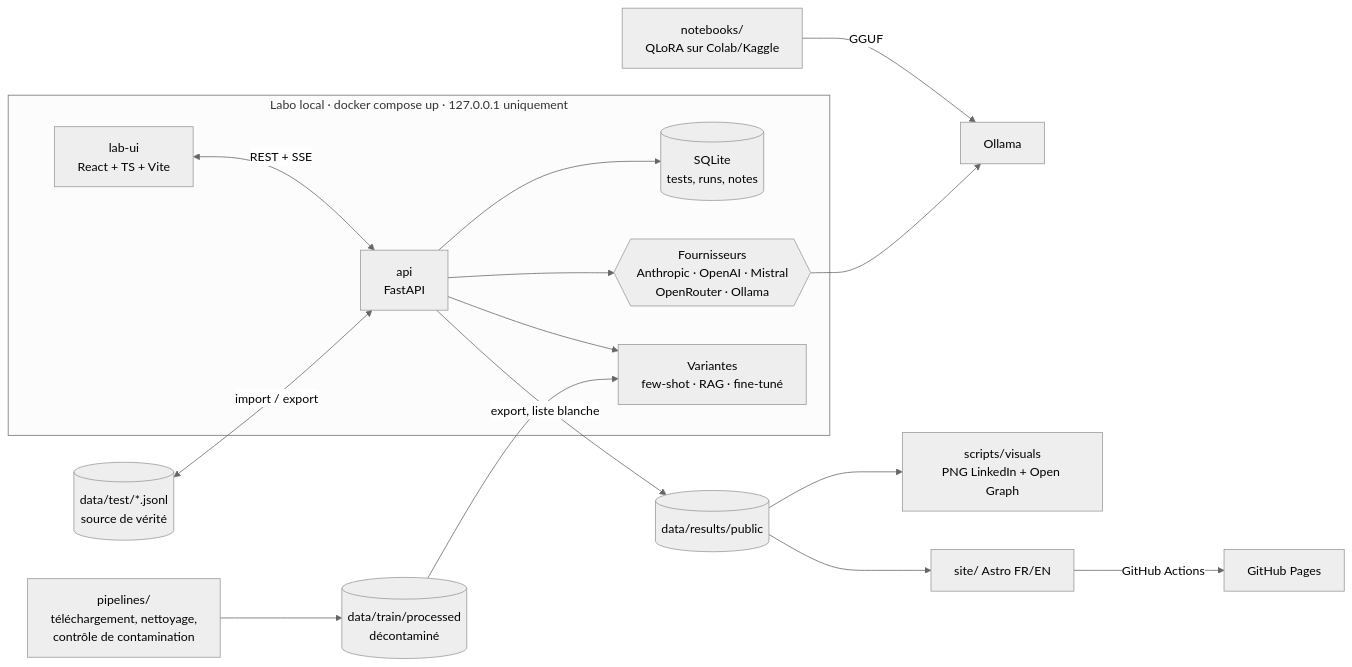
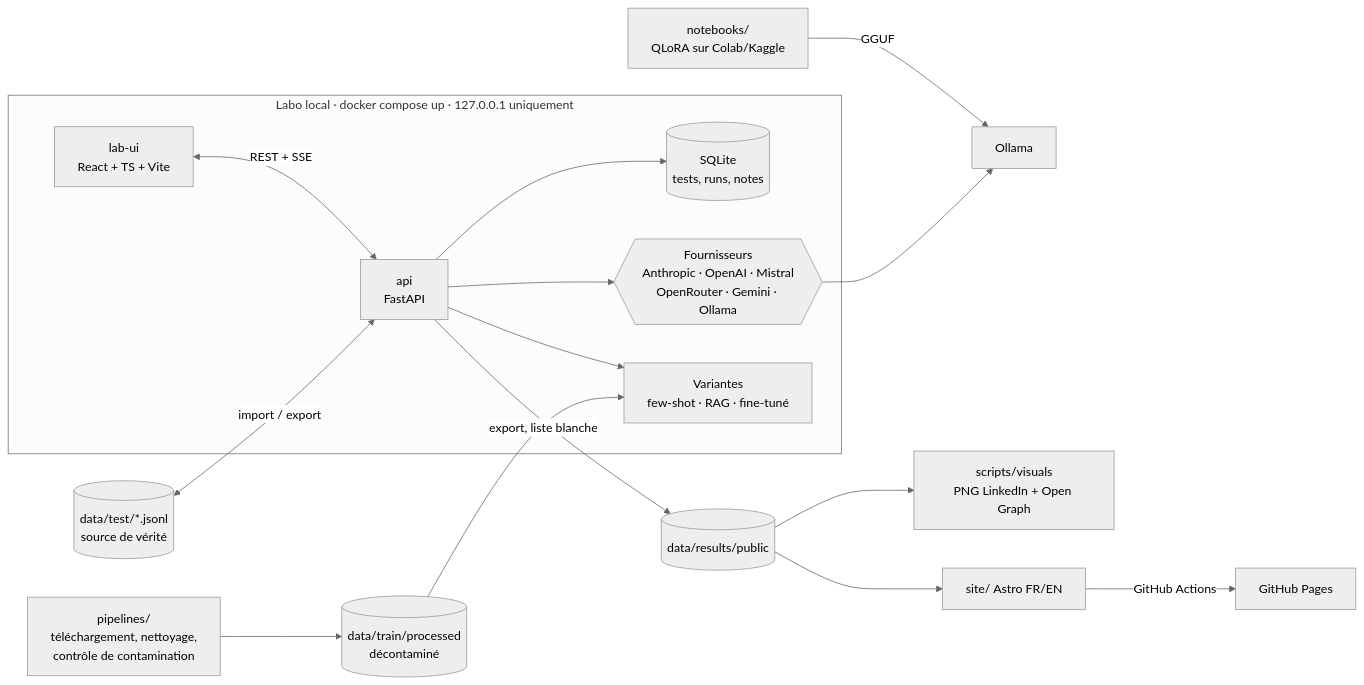
Before and after one commit to hasdaouiryma16-cmd/kabyle-llm-benchmark: the diagram in README.md, drawn with Mermaid (neutral theme).

Commit message:
README : ajouter Gemini au schéma d'architecture

````diff
--- a/README.md
+++ b/README.md
@@ -45,17 +45,17 @@
 ```mermaid
 flowchart LR
   subgraph LAB["Labo local · docker compose up · 127.0.0.1 uniquement"]
     UI["lab-ui<br/>React + TS + Vite"] <-->|"REST + SSE"| API["api<br/>FastAPI"]
     API --> DB[("SQLite<br/>tests, runs, notes")]
-    API --> P{{"Fournisseurs<br/>Anthropic · OpenAI · Mistral<br/>OpenRouter · Ollama"}}
+    API --> P{{"Fournisseurs<br/>Anthropic · OpenAI · Mistral<br/>OpenRouter · Gemini · Ollama"}}
     API --> V["Variantes<br/>few-shot · RAG · fine-tuné"]
   end
   T[("data/test/*.jsonl<br/>source de vérité")] <-->|"import / export"| API
   TR[("data/train/processed<br/>décontaminé")] --> V
   PIPE["pipelines/<br/>téléchargement, nettoyage,<br/>contrôle de contamination"] --> TR
   NB["notebooks/<br/>QLoRA sur Colab/Kaggle"] -->|"GGUF"| OL["Ollama"]
   P --> OL
   API -->|"export, liste blanche"| R[("data/results/public")]
   R --> VIS["scripts/visuals<br/>PNG LinkedIn + Open Graph"]
   R --> S["site/ Astro FR/EN"] -->|"GitHub Actions"| GP["GitHub Pages"]
 ```
````
